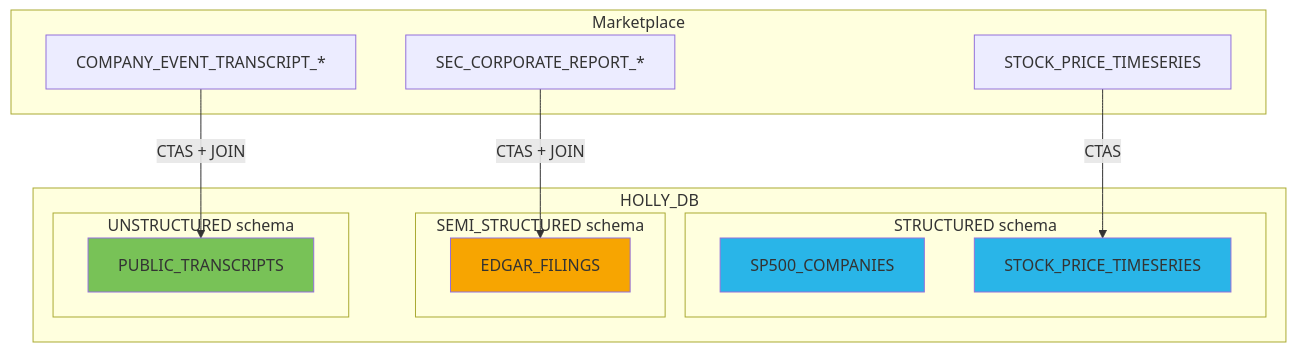
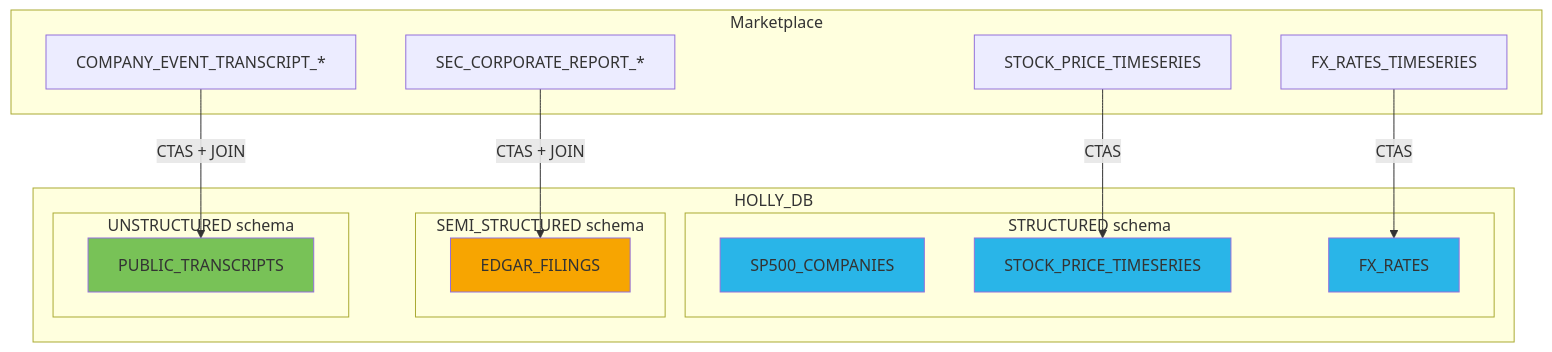
The diagram in step_3_data_engineering/step3_readme.md (sfc-gh-cmoynihan/holly-labs), drawn with Mermaid before and after one commit. The commit also changed 3 other files, not shown here.

First line of the commit message:
Update all diagrams to include FX rates

````diff
--- a/step_3_data_engineering/step3_readme.md
+++ b/step_3_data_engineering/step3_readme.md
@@ -9,30 +9,34 @@
 ```mermaid
 graph TD
     subgraph "Marketplace"
         M1[STOCK_PRICE_TIMESERIES]
         M2[SEC_CORPORATE_REPORT_*]
         M3[COMPANY_EVENT_TRANSCRIPT_*]
+        M4[FX_RATES_TIMESERIES]
     end
 
     subgraph "HOLLY_DB"
         subgraph "STRUCTURED schema"
             S1[SP500_COMPANIES]
             S2[STOCK_PRICE_TIMESERIES]
+            S3[FX_RATES]
         end
         subgraph "SEMI_STRUCTURED schema"
             SS1[EDGAR_FILINGS]
         end
         subgraph "UNSTRUCTURED schema"
             U1[PUBLIC_TRANSCRIPTS]
         end
     end
 
     M1 -->|CTAS| S2
     M2 -->|CTAS + JOIN| SS1
     M3 -->|CTAS + JOIN| U1
+    M4 -->|CTAS| S3
 
     style S1 fill:#29B5E8
     style S2 fill:#29B5E8
+    style S3 fill:#29B5E8
     style SS1 fill:#F7A501
     style U1 fill:#78C257
 ```
````
